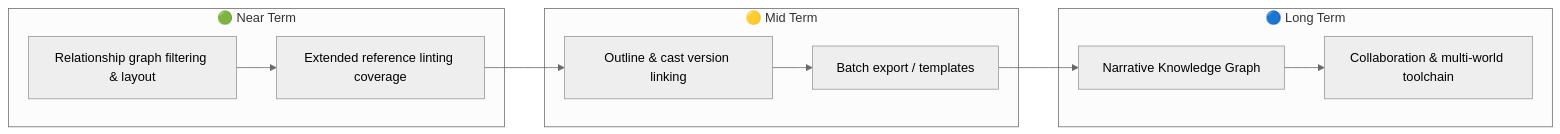
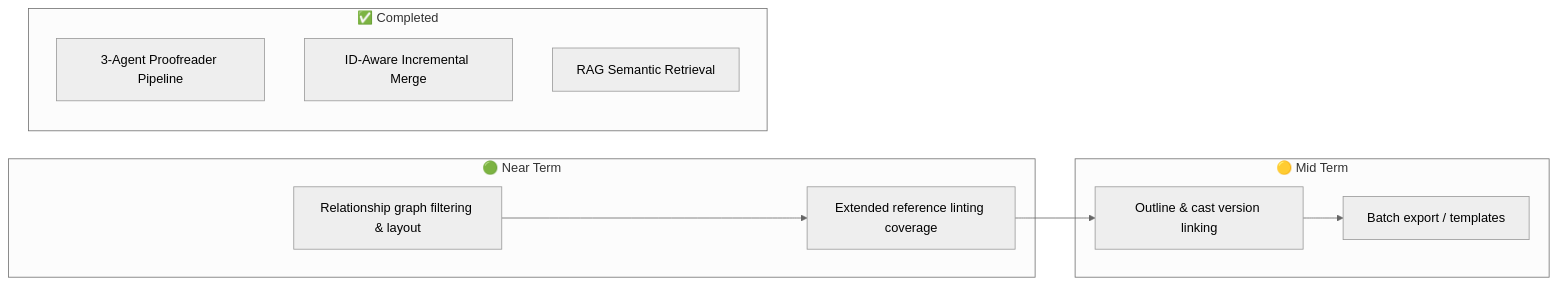
One commit to Lucas-Wang-THU/Magic_Creater_World changed the fourth of 4 diagrams in README.en.md. Above: the diagram before and after it, drawn with Mermaid (neutral theme). The commit also changed other lines of this file and 15 other files, not shown here.

First line of the commit message:
feat: implement 3-Agent pipeline for structure sync with proofreader

````diff
--- a/README.en.md
+++ b/README.en.md
@@ -446,16 +467,17 @@
 ```mermaid
 flowchart LR
   subgraph Near["🟢 Near Term"]
     A1[Relationship graph filtering & layout]
     A2[Extended reference linting coverage]
   end
   subgraph Mid["🟡 Mid Term"]
     B1[Outline & cast version linking]
     B2[Batch export / templates]
   end
-  subgraph Far["🔵 Long Term"]
-    C1[Narrative Knowledge Graph]
-    C2[Collaboration & multi-world toolchain]
+  subgraph Done["✅ Completed"]
+    C1[3-Agent Proofreader Pipeline]
+    C2[ID-Aware Incremental Merge]
+    C3[RAG Semantic Retrieval]
   end
-  A1 --> A2 --> B1 --> B2 --> C1 --> C2
+  A1 --> A2 --> B1 --> B2
 ```
````
